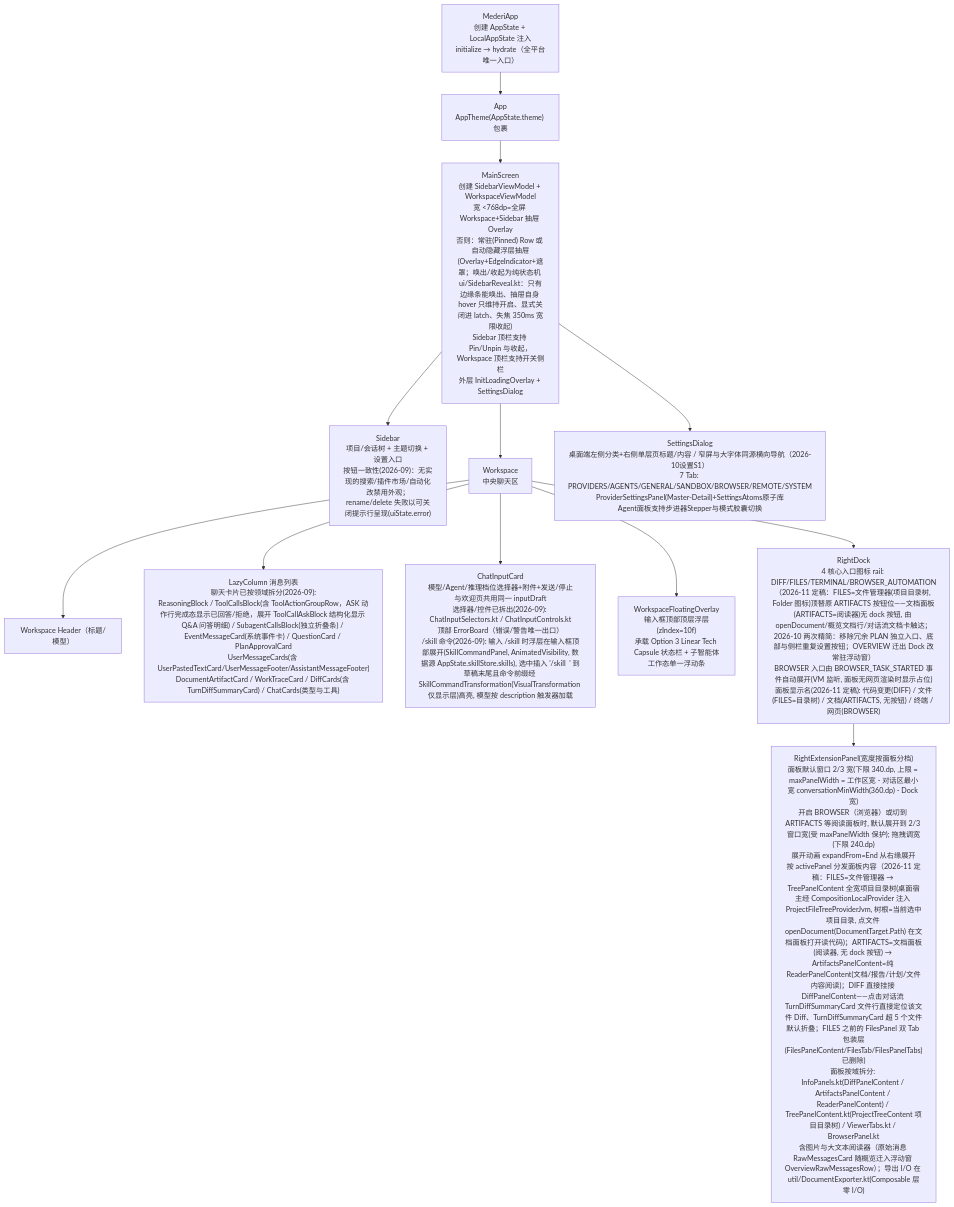
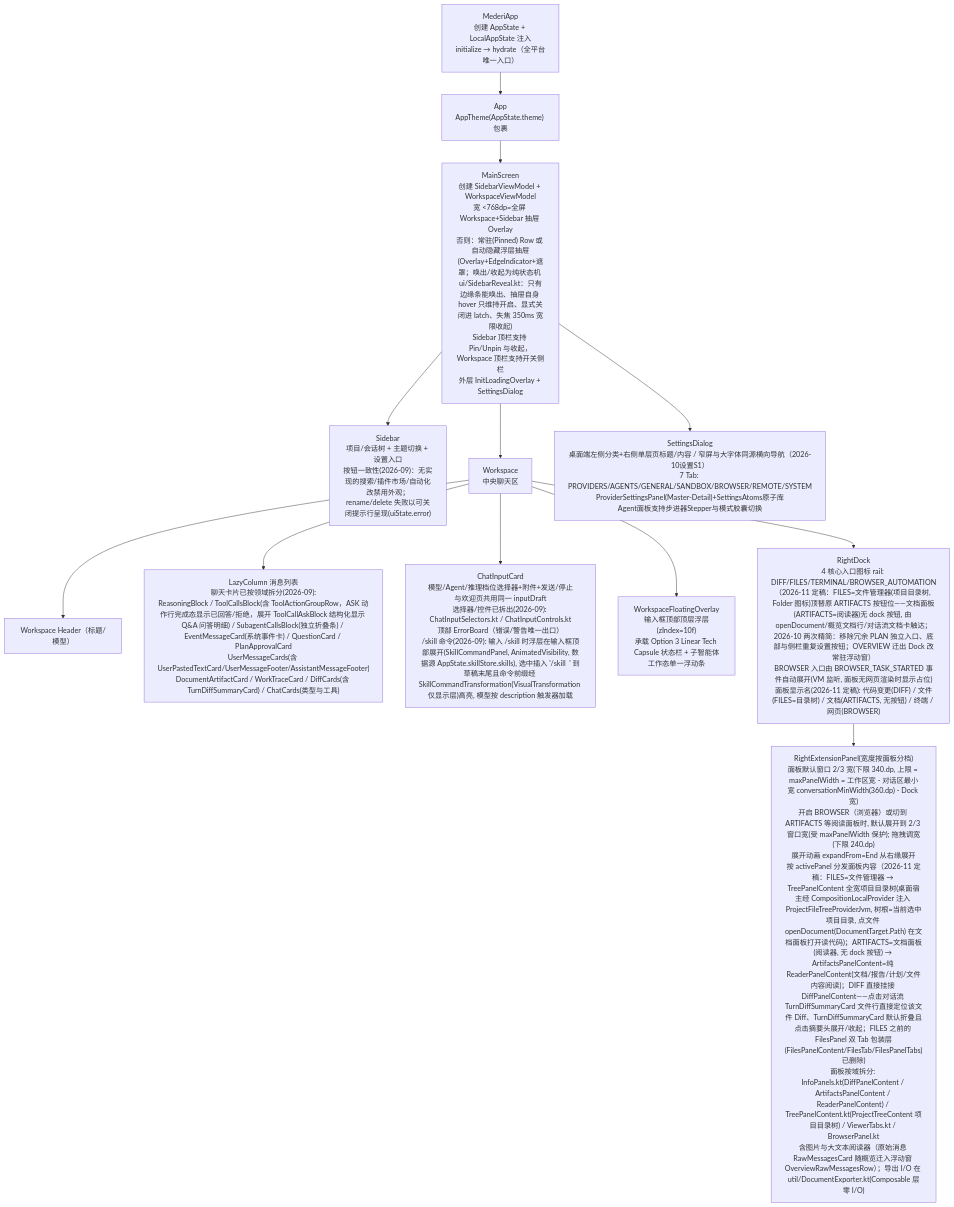
The third of 4 diagrams in docs/architecture/02-app-shared.md (lzdev42/mederi), drawn with Mermaid before and after one commit. The commit also changed other lines of this file and 126 other files, not shown here.

````diff
--- a/docs/architecture/02-app-shared.md
+++ b/docs/architecture/02-app-shared.md
@@ -490,24 +491,24 @@
 ```mermaid
 flowchart TD
     MA["MederiApp<br/>创建 AppState + LocalAppState 注入<br/>initialize → hydrate（全平台唯一入口）"]
     APP["App<br/>AppTheme(AppState.theme) 包裹"]
     MS["MainScreen<br/>创建 SidebarViewModel + WorkspaceViewModel<br/>宽 <768dp=全屏 Workspace+Sidebar 抽屉 Overlay<br/>否则：常驻(Pinned) Row 或 自动隐藏浮层抽屉(Overlay+EdgeIndicator+遮罩；唤出/收起为纯状态机 ui/SidebarReveal.kt：只有边缘条能唤出、抽屉自身 hover 只维持开启、显式关闭进 latch、失焦 350ms 宽限收起)<br/>Sidebar 顶栏支持 Pin/Unpin 与收起，Workspace 顶栏支持开关侧栏<br/>外层 InitLoadingOverlay + SettingsDialog"]
     SB["Sidebar<br/>项目/会话树 + 主题切换 + 设置入口<br/>按钮一致性(2026-09)：无实现的搜索/插件市场/自动化改禁用外观；rename/delete 失败以可关闭提示行呈现(uiState.error)"]
     WS["Workspace<br/>中央聊天区"]
     HDR["Workspace Header（标题/模型）"]
     LIST["LazyColumn 消息列表<br/>聊天卡片已按领域拆分(2026-09):<br/>ReasoningBlock / ToolCallsBlock(含 ToolActionGroupRow，ASK 动作行完成态显示已回答/拒绝，展开 ToolCallAskBlock 结构化显示 Q&A 问答明细) / SubagentCallsBlock(独立折叠条) / EventMessageCard(系统事件卡) / QuestionCard / PlanApprovalCard<br/>UserMessageCards(含 UserPastedTextCard/UserMessageFooter/AssistantMessageFooter)<br/>DocumentArtifactCard / WorkTraceCard / DiffCards(含 TurnDiffSummaryCard) / ChatCards(类型与工具)"]
     INPUT["ChatInputCard<br/>模型/Agent/推理档位选择器+附件+发送/停止<br/>与欢迎页共用同一 inputDraft<br/>选择器/控件已拆出(2026-09): ChatInputSelectors.kt / ChatInputControls.kt<br/>顶部 ErrorBoard（错误/警告唯一出口）<br/>/skill 命令(2026-09): 输入 /skill 时浮层在输入框顶部展开(SkillCommandPanel, AnimatedVisibility, 数据源 AppState.skillStore.skills), 选中插入 '/skill <name> ' 到草稿末尾且命令前缀经 SkillCommandTransformation(VisualTransformation 仅显示层)高亮, 模型按 description 触发器加载"]
     WFO["WorkspaceFloatingOverlay<br/>输入框顶部顶层浮层(zIndex=10f)<br/>承载 Option 3 Linear Tech Capsule 状态栏 + 子智能体工作态单一浮动条"]
     DOCK["RightDock<br/>4 核心入口图标 rail: DIFF/FILES/TERMINAL/BROWSER_AUTOMATION（2026-11 定稿：FILES=文件管理器(项目目录树, Folder 图标)顶替原 ARTIFACTS 按钮位——文档面板(ARTIFACTS=阅读器)无 dock 按钮, 由 openDocument/概览文档行/对话流文档卡触达；2026-10 两次精简：移除冗余 PLAN 独立入口、底部与侧栏重复设置按钮；OVERVIEW 迁出 Dock 改常驻浮动窗）<br/>BROWSER 入口由 BROWSER_TASK_STARTED 事件自动展开(VM 监听, 面板无网页渲染时显示占位)<br/>面板显示名(2026-11 定稿): 代码变更(DIFF) / 文件(FILES=目录树) / 文档(ARTIFACTS, 无按钮) / 终端 / 网页(BROWSER)"]
-    REP["RightExtensionPanel(宽度按面板分档)<br/>面板默认窗口 2/3 宽(下限 340.dp, 上限 = maxPanelWidth = 工作区宽 - 对话区最小宽 conversationMinWidth(360.dp) - Dock 宽)<br/>开启 BROWSER（浏览器）或切到 ARTIFACTS 等阅读面板时, 默认展开到 2/3 窗口宽(受 maxPanelWidth 保护); 拖拽调宽(下限 240.dp)<br/>展开动画 expandFrom=End 从右缘展开<br/>按 activePanel 分发面板内容（2026-11 定稿：FILES=文件管理器 → TreePanelContent 全宽项目目录树(桌面宿主经 CompositionLocalProvider 注入 ProjectFileTreeProviderJvm, 树根=当前选中项目目录, 点文件 openDocument(DocumentTarget.Path) 在文档面板打开读代码)；ARTIFACTS=文档面板(阅读器, 无 dock 按钮) → ArtifactsPanelContent=纯 ReaderPanelContent(文档/报告/计划/文件内容阅读)；DIFF 直接挂接 DiffPanelContent——点击对话流 TurnDiffSummaryCard 文件行直接定位该文件 Diff、TurnDiffSummaryCard 超 5 个文件默认折叠；FILES 之前的 FilesPanel 双 Tab 包装层(FilesPanelContent/FilesTab/FilesPanelTabs)已删除)<br/>面板按域拆分: InfoPanels.kt(DiffPanelContent / ArtifactsPanelContent / ReaderPanelContent) / TreePanelContent.kt(ProjectTreeContent 项目目录树) / ViewerTabs.kt / BrowserPanel.kt<br/>含图片与大文本阅读器（原始消息 RawMessagesCard 随概览迁入浮动窗 OverviewRawMessagesRow）；导出 I/O 在 util/DocumentExporter.kt(Composable 层零 I/O)"]
+    REP["RightExtensionPanel(宽度按面板分档)<br/>面板默认窗口 2/3 宽(下限 340.dp, 上限 = maxPanelWidth = 工作区宽 - 对话区最小宽 conversationMinWidth(360.dp) - Dock 宽)<br/>开启 BROWSER（浏览器）或切到 ARTIFACTS 等阅读面板时, 默认展开到 2/3 窗口宽(受 maxPanelWidth 保护); 拖拽调宽(下限 240.dp)<br/>展开动画 expandFrom=End 从右缘展开<br/>按 activePanel 分发面板内容（2026-11 定稿：FILES=文件管理器 → TreePanelContent 全宽项目目录树(桌面宿主经 CompositionLocalProvider 注入 ProjectFileTreeProviderJvm, 树根=当前选中项目目录, 点文件 openDocument(DocumentTarget.Path) 在文档面板打开读代码)；ARTIFACTS=文档面板(阅读器, 无 dock 按钮) → ArtifactsPanelContent=纯 ReaderPanelContent(文档/报告/计划/文件内容阅读)；DIFF 直接挂接 DiffPanelContent——点击对话流 TurnDiffSummaryCard 文件行直接定位该文件 Diff、TurnDiffSummaryCard 默认折叠且点击摘要头展开/收起；FILES 之前的 FilesPanel 双 Tab 包装层(FilesPanelContent/FilesTab/FilesPanelTabs)已删除)<br/>面板按域拆分: InfoPanels.kt(DiffPanelContent / ArtifactsPanelContent / ReaderPanelContent) / TreePanelContent.kt(ProjectTreeContent 项目目录树) / ViewerTabs.kt / BrowserPanel.kt<br/>含图片与大文本阅读器（原始消息 RawMessagesCard 随概览迁入浮动窗 OverviewRawMessagesRow）；导出 I/O 在 util/DocumentExporter.kt(Composable 层零 I/O)"]
     SD["SettingsDialog<br/>桌面端左侧分类+右侧单层页标题/内容 / 窄屏与大字体同源横向导航（2026-10设置S1）<br/>7 Tab: PROVIDERS/AGENTS/GENERAL/SANDBOX/BROWSER/REMOTE/SYSTEM<br/>ProviderSettingsPanel(Master-Detail)+SettingsAtoms原子库<br/>Agent面板支持步进器Stepper与模式胶囊切换"]
     MA --> APP --> MS
     MS --> SB
     MS --> WS
     WS --> HDR
     WS --> LIST
     WS --> WFO
     WS --> INPUT
     WS --> DOCK --> REP
     MS --> SD
 ```
````
